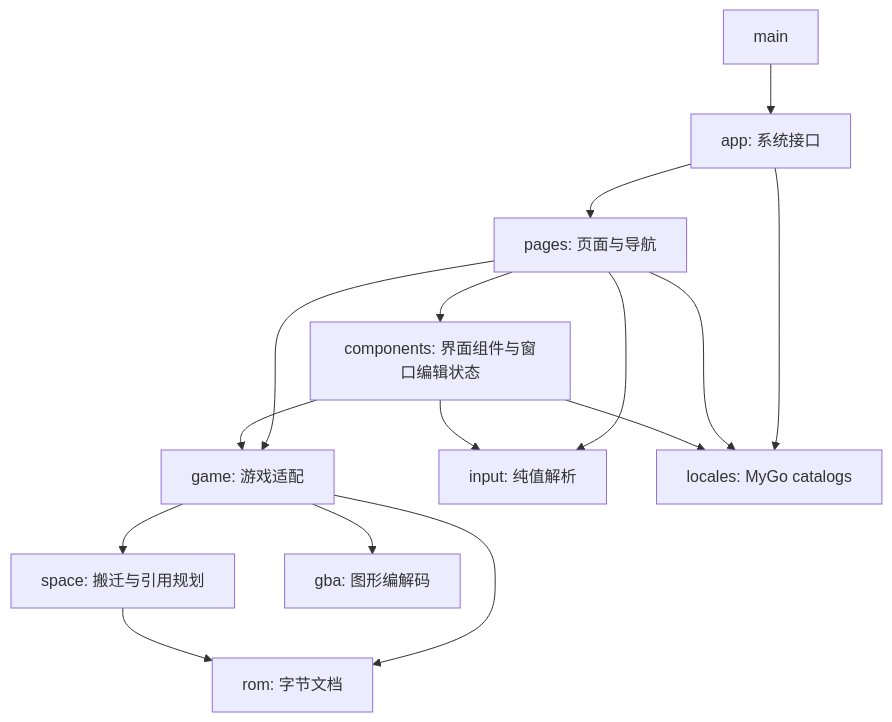
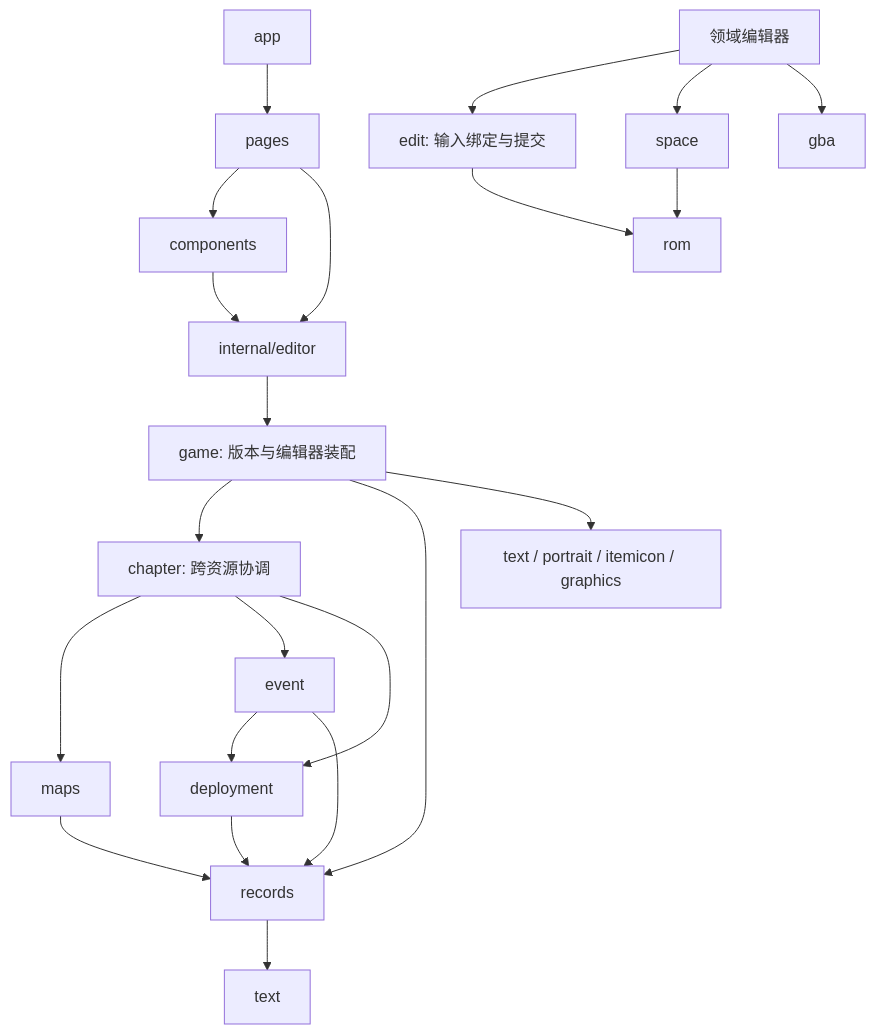
One commit to woxQAQ/febuildergba-mygo changed the diagram in docs/architecture.md. Above: the diagram before and after it, drawn with Mermaid. The commit also changed other lines of this file and 333 other files, not shown here.

````diff
--- a/docs/architecture.md
+++ b/docs/architecture.md
@@ -27,17 +41,24 @@
 ```mermaid
 flowchart TD
-    Main[main] --> App[app: 系统接口]
-    App --> Pages[pages: 页面与导航]
-    Pages --> Components[components: 界面组件与窗口编辑状态]
-    Pages --> Game
-    Pages --> Input[input: 纯值解析]
-    Components --> Input
-    Components --> Game[game: 游戏适配]
-    Game --> ROM[rom: 字节文档]
-    Game --> Space[space: 搬迁与引用规划]
-    Game --> GBA[gba: 图形编解码]
+    App[app] --> Pages[pages]
+    Pages --> Components[components]
+    Pages --> State[internal/editor]
+    Components --> State
+    State --> Game[game: 版本与编辑器装配]
+    Game --> Chapter[chapter: 跨资源协调]
+    Game --> Records[records]
+    Game --> Media[text / portrait / itemicon / graphics]
+    Chapter --> Maps[maps]
+    Chapter --> Event[event]
+    Chapter --> Deployment[deployment]
+    Event --> Deployment
+    Event --> Records
+    Maps --> Records
+    Deployment --> Records
+    Records --> Text[text]
+    Domain[领域编辑器] --> Edit[edit: 输入绑定与提交]
+    Edit --> ROM[rom]
+    Domain --> Space[space]
+    Domain --> GBA[gba]
     Space --> ROM
-    App --> Locales[locales: MyGo catalogs]
-    Pages --> Locales
-    Components --> Locales
 ```
````
